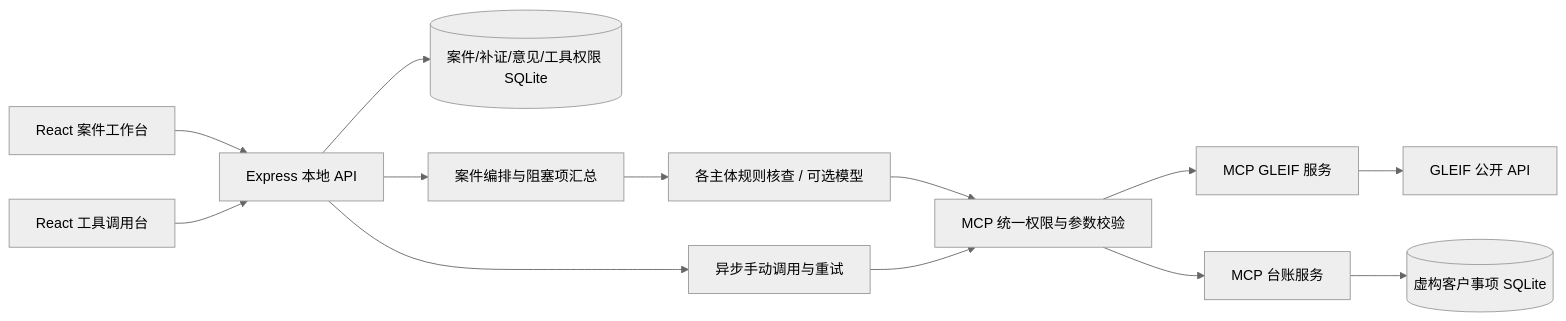
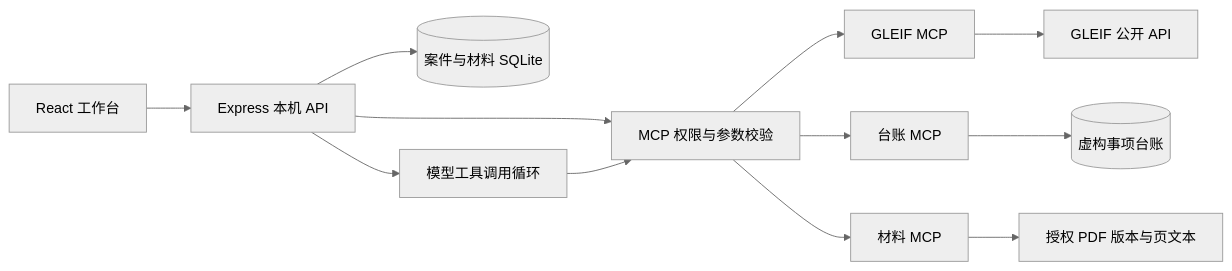
The diagram in docs/PROPOSAL.md (Luyi210/alta-conflict-desk), drawn with Mermaid (neutral theme) before and after one commit. The commit also changed other lines of this file and 22 other files, not shown here.

````diff
--- a/docs/PROPOSAL.md
+++ b/docs/PROPOSAL.md
@@ -67,15 +21,14 @@
 ```mermaid
 flowchart LR
-    CaseUI[React 案件工作台] --> API[Express 本地 API]
-    ToolUI[React 工具调用台] --> API
-    API --> Store[(案件/补证/意见/工具权限 SQLite)]
-    API --> Cases[案件编排与阻塞项汇总]
-    Cases --> Runs[各主体规则核查 / 可选模型]
-    Runs --> Gateway[MCP 统一权限与参数校验]
-    API --> Manual[异步手动调用与重试]
-    Manual --> Gateway
-    Gateway --> GLEIF[MCP GLEIF 服务]
-    Gateway --> Ledger[MCP 台账服务]
+    UI[React 工作台] --> API[Express 本机 API]
+    API --> DB[(案件与材料 SQLite)]
+    API --> AI[模型工具调用循环]
+    API --> Gateway[MCP 权限与参数校验]
+    AI --> Gateway
+    Gateway --> GLEIF[GLEIF MCP]
+    Gateway --> Ledger[台账 MCP]
+    Gateway --> Material[材料 MCP]
     GLEIF --> Public[GLEIF 公开 API]
-    Ledger --> DB[(虚构客户事项 SQLite)]
+    Ledger --> Local[(虚构事项台账)]
+    Material --> PDF[授权 PDF 版本与页文本]
 ```
````
